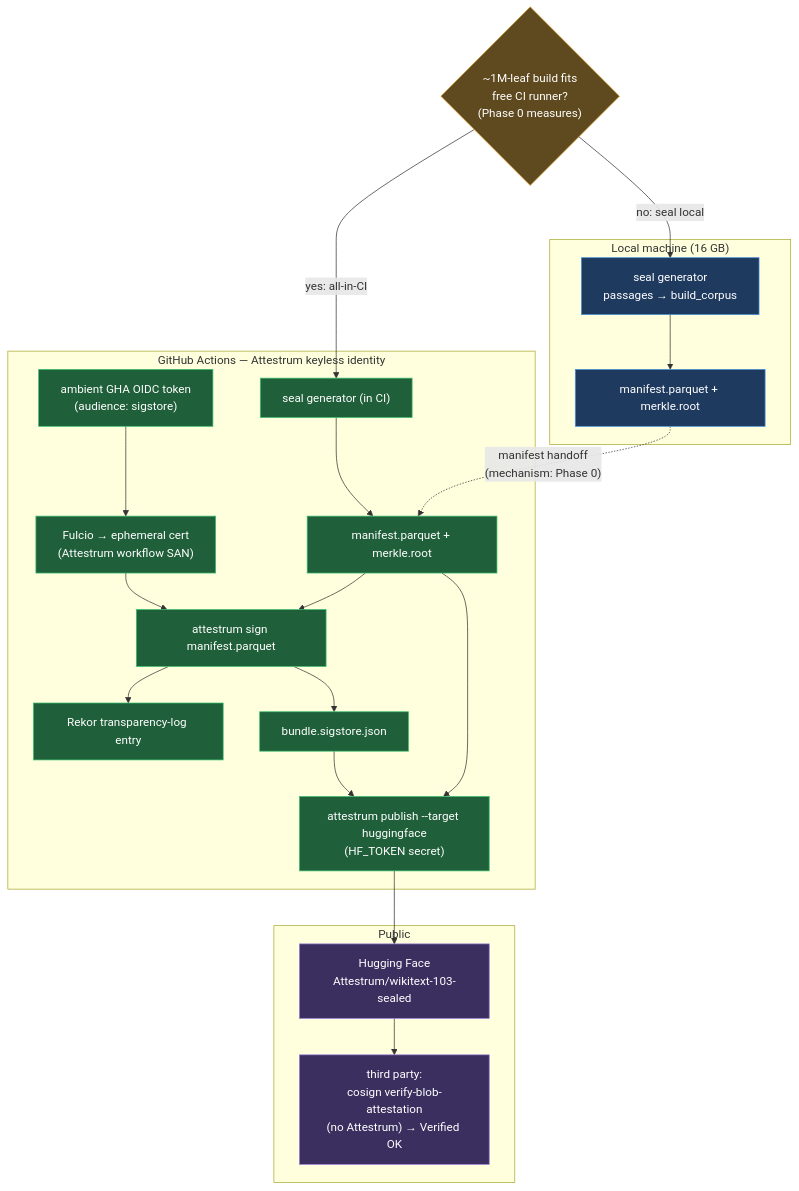
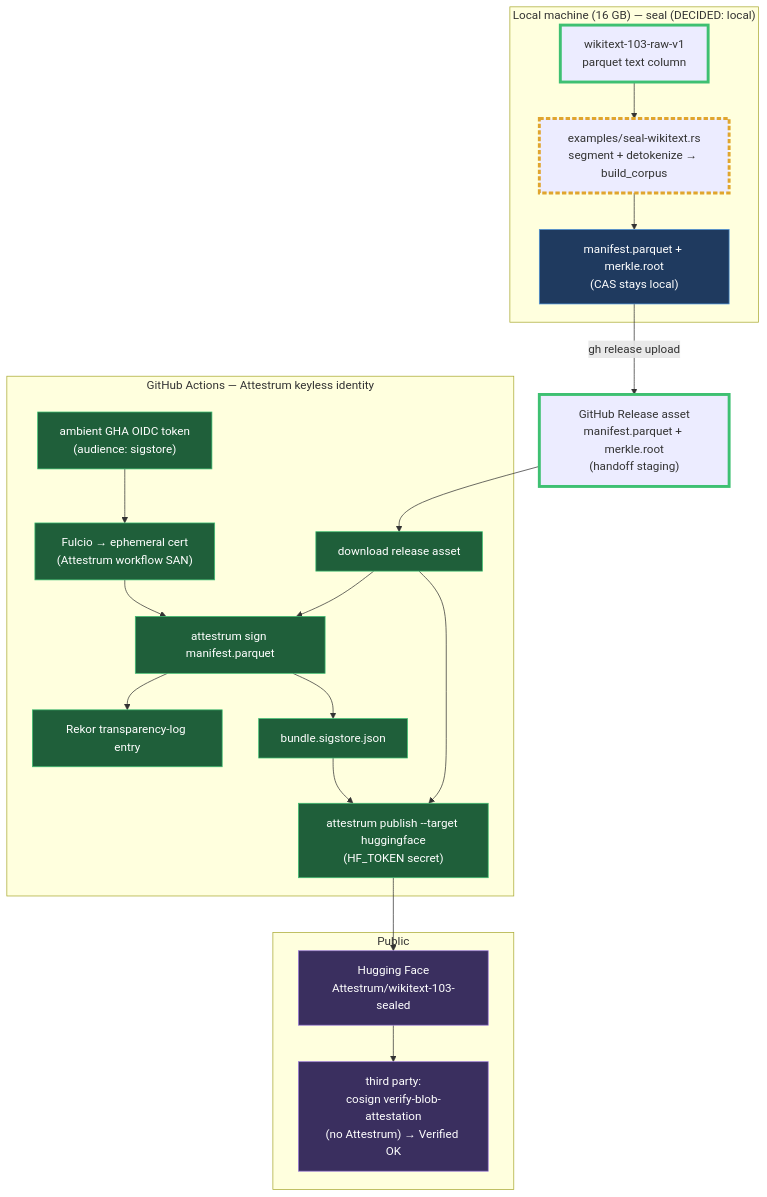
The diagram in docs/diagrams/lookback/seal-topology.md (Attestrum/Attestrum), drawn with Mermaid before and after one commit. The commit also changed other lines of this file and 2 other files, not shown here.

Commit message:
docs(claude): make §11 buyer scope accurate (drop "frontier labs included")
§11 described the buyer as "any [corpus publisher], frontier labs
included." Restate the buyer ROLE neutrally — "any organization that
publishes a training corpus" — rather than naming a specific market
segment as a buyer. Positioning-accuracy only; no behavior change.

````diff
--- a/docs/diagrams/lookback/seal-topology.md
+++ b/docs/diagrams/lookback/seal-topology.md
@@ -20,47 +35,45 @@
 ```mermaid
 flowchart TD
-  D{"~1M-leaf build fits<br/>free CI runner?<br/>(Phase 0 measures)"}
-
-  subgraph LOCAL["Local machine (16 GB)"]
-    GENL["seal generator<br/>passages &rarr; build_corpus"]
-    MANL["manifest.parquet + merkle.root"]
-    GENL --> MANL
+  subgraph LOCAL["Local machine (16 GB) — seal (DECIDED: local)"]
+    WT["wikitext-103-raw-v1<br/>parquet text column"]
+    GENL["examples/seal-wikitext.rs<br/>segment + detokenize &rarr; build_corpus"]
+    MANL["manifest.parquet + merkle.root<br/>(CAS stays local)"]
+    WT --> GENL --> MANL
   end
 
+  REL["GitHub Release asset<br/>manifest.parquet + merkle.root<br/>(handoff staging)"]
+  MANL -- "gh release upload" --> REL
+
   subgraph GHA["GitHub Actions — Attestrum keyless identity"]
-    GENC["seal generator (in CI)"]
-    MANC["manifest.parquet + merkle.root"]
+    DL["download release asset"]
     OIDC["ambient GHA OIDC token<br/>(audience: sigstore)"]
     FULCIO["Fulcio &rarr; ephemeral cert<br/>(Attestrum workflow SAN)"]
     SIGNJ["attestrum sign manifest.parquet"]
     REKOR["Rekor transparency-log entry"]
+    BUN["bundle.sigstore.json"]
     PUB["attestrum publish --target huggingface<br/>(HF_TOKEN secret)"]
-    GENC --> MANC
+    DL --> SIGNJ
     OIDC --> FULCIO --> SIGNJ
-    MANC --> SIGNJ
     SIGNJ --> REKOR
-    SIGNJ --> BUN["bundle.sigstore.json"]
-    BUN --> PUB
-    MANC --> PUB
+    SIGNJ --> BUN --> PUB
+    DL --> PUB
   end
+  REL --> DL
 
   subgraph PUBLIC["Public"]
     HF["Hugging Face<br/>Attestrum/wikitext-103-sealed"]
     TP["third party:<br/>cosign verify-blob-attestation<br/>(no Attestrum) &rarr; Verified OK"]
   end
+  PUB --> HF --> TP
 
-  D -- "yes: all-in-CI" --> GENC
-  D -- "no: seal local" --> GENL
-  MANL -. manifest handoff<br/>(mechanism: Phase 0) .-> MANC
-  PUB --> HF
-  HF --> TP
-
-  classDef dec fill:#5f4a1f,stroke:#e0a52e,color:#fff
   classDef local fill:#1f3a5f,stroke:#4a90d9,color:#fff
   classDef ci fill:#1f5f3a,stroke:#3ec072,color:#fff
   classDef pub fill:#3a2f5f,stroke:#9a7ad9,color:#fff
-  class D dec
-  class GENL,MANL local
-  class GENC,MANC,OIDC,FULCIO,SIGNJ,REKOR,PUB,BUN ci
+  classDef added stroke:#3ec072,stroke-width:4px
+  classDef revised stroke:#e0a52e,stroke-width:4px,stroke-dasharray:6 3
+  class MANL local
+  class DL,OIDC,FULCIO,SIGNJ,REKOR,BUN,PUB ci
   class HF,TP pub
+  class WT,REL added
+  class GENL revised
 ```
````
